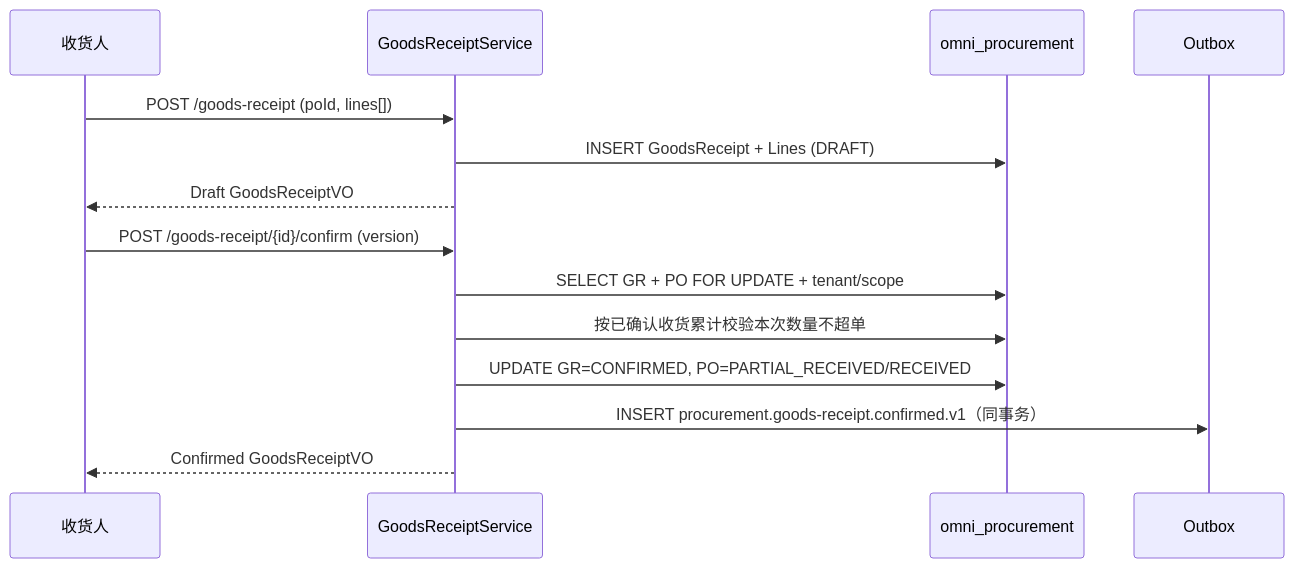
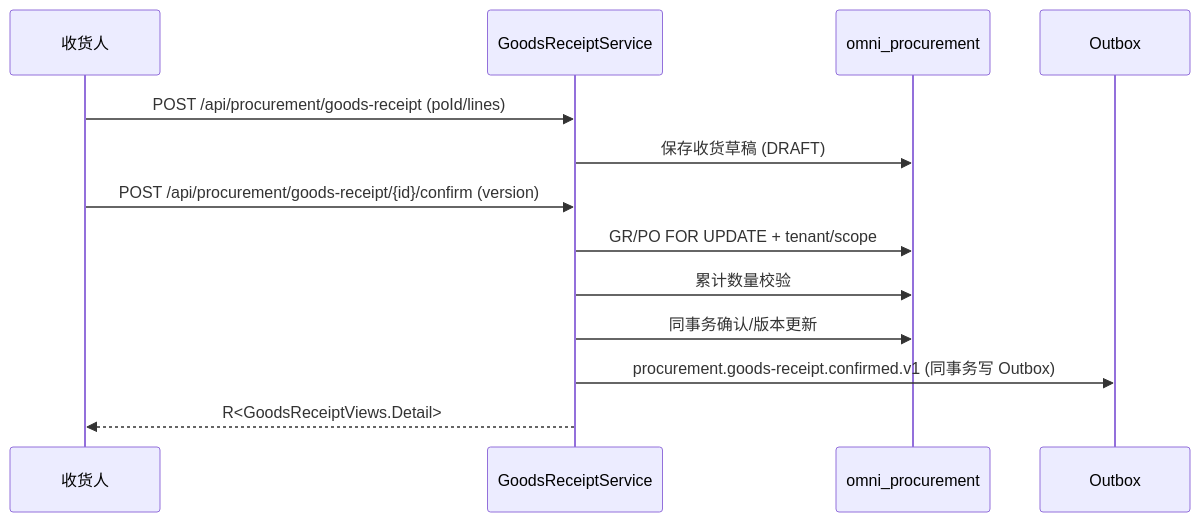
One commit to wang-baohai/Omni-Stack changed the seventh of 7 diagrams in docs/design/procurement-design.md. Above: the diagram before and after it, drawn with Mermaid. The commit also changed other lines of this file and 1095 other files, not shown here.

````diff
--- a/docs/design/procurement-design.md
+++ b/docs/design/procurement-design.md
@@ -334,17 +336,15 @@
 ```mermaid
 sequenceDiagram
     participant R as 收货人
     participant S as GoodsReceiptService
     participant DB as omni_procurement
     participant O as Outbox
-
-    R->>S: POST /goods-receipt (poId, lines[])
-    S->>DB: INSERT GoodsReceipt + Lines (DRAFT)
-    S-->>R: Draft GoodsReceiptVO
-    R->>S: POST /goods-receipt/{id}/confirm (version)
-    S->>DB: SELECT GR + PO FOR UPDATE + tenant/scope
-    S->>DB: 按已确认收货累计校验本次数量不超单
-    S->>DB: UPDATE GR=CONFIRMED, PO=PARTIAL_RECEIVED/RECEIVED
-    S->>O: INSERT procurement.goods-receipt.confirmed.v1（同事务）
-    S-->>R: Confirmed GoodsReceiptVO
+    R->>S: POST /api/procurement/goods-receipt (poId/lines)
+    S->>DB: 保存收货草稿 (DRAFT)
+    R->>S: POST /api/procurement/goods-receipt/{id}/confirm (version)
+    S->>DB: GR/PO FOR UPDATE + tenant/scope
+    S->>DB: 累计数量校验
+    S->>DB: 同事务确认/版本更新
+    S->>O: procurement.goods-receipt.confirmed.v1 (同事务写 Outbox)
+    S-->>R: R<GoodsReceiptViews.Detail>
 ```
````
